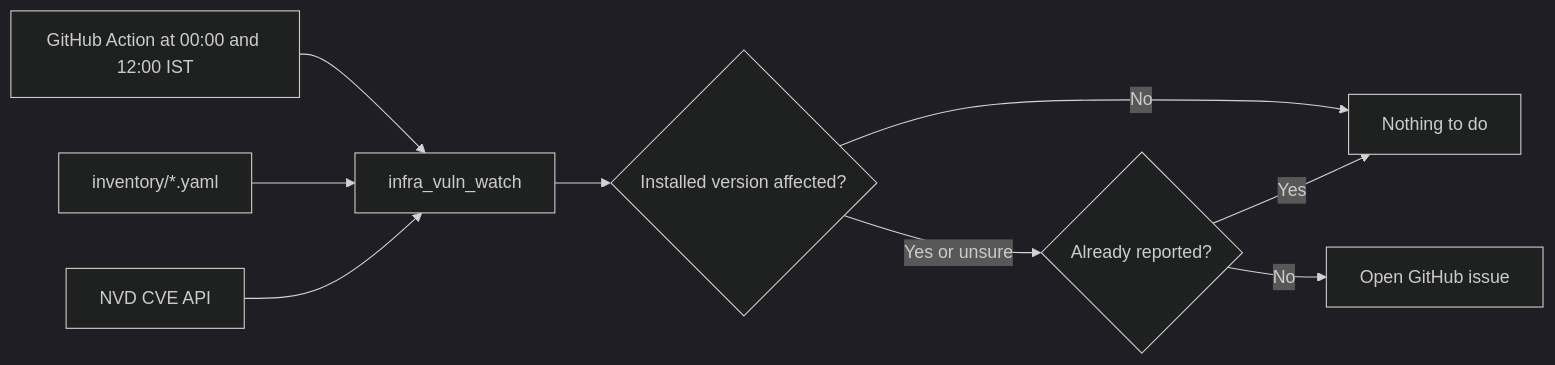
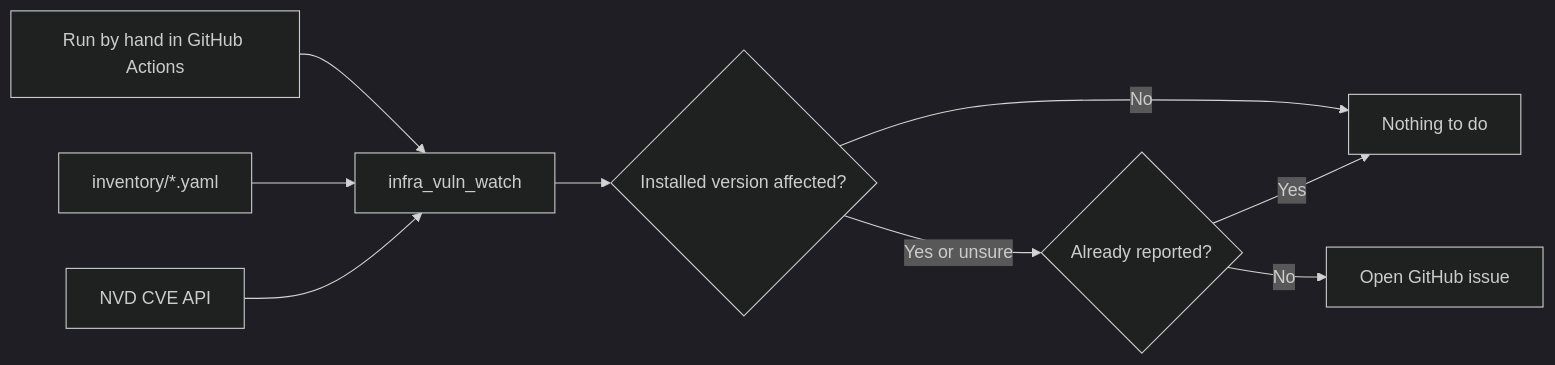
One commit to iamunnip/infra-vuln-watch changed the diagram in README.md. Above: the diagram before and after it, drawn with Mermaid (dark theme). The commit also changed other lines of this file and 9 other files, not shown here.

Commit message:
run the scan by hand and remove the schedule

````diff
--- a/README.md
+++ b/README.md
@@ -47,11 +47,11 @@
 ```mermaid
 flowchart LR
-    schedule[GitHub Action at 00:00 and 12:00 IST] --> scan["infra_vuln_watch"]
+    start[Run by hand in GitHub Actions] --> scan["infra_vuln_watch"]
     inventory["inventory/*.yaml"] --> scan
     nvd[NVD CVE API] --> scan
     scan --> check{Installed version affected?}
     check -->|No| skip[Nothing to do]
     check -->|Yes or unsure| reported{Already reported?}
     reported -->|Yes| skip
     reported -->|No| issue[Open GitHub issue]
 ```
````
